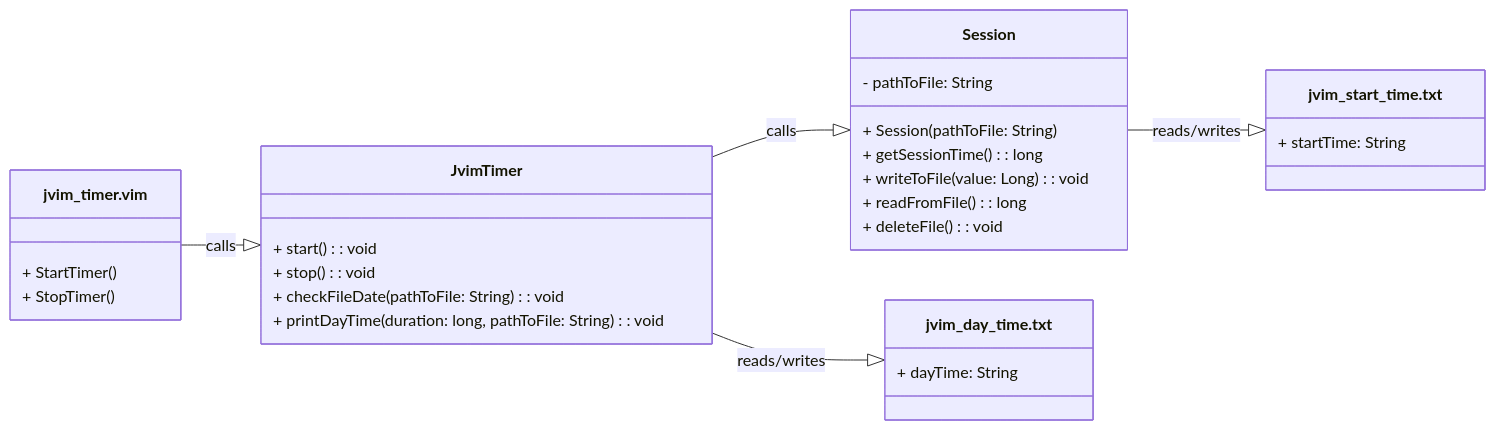
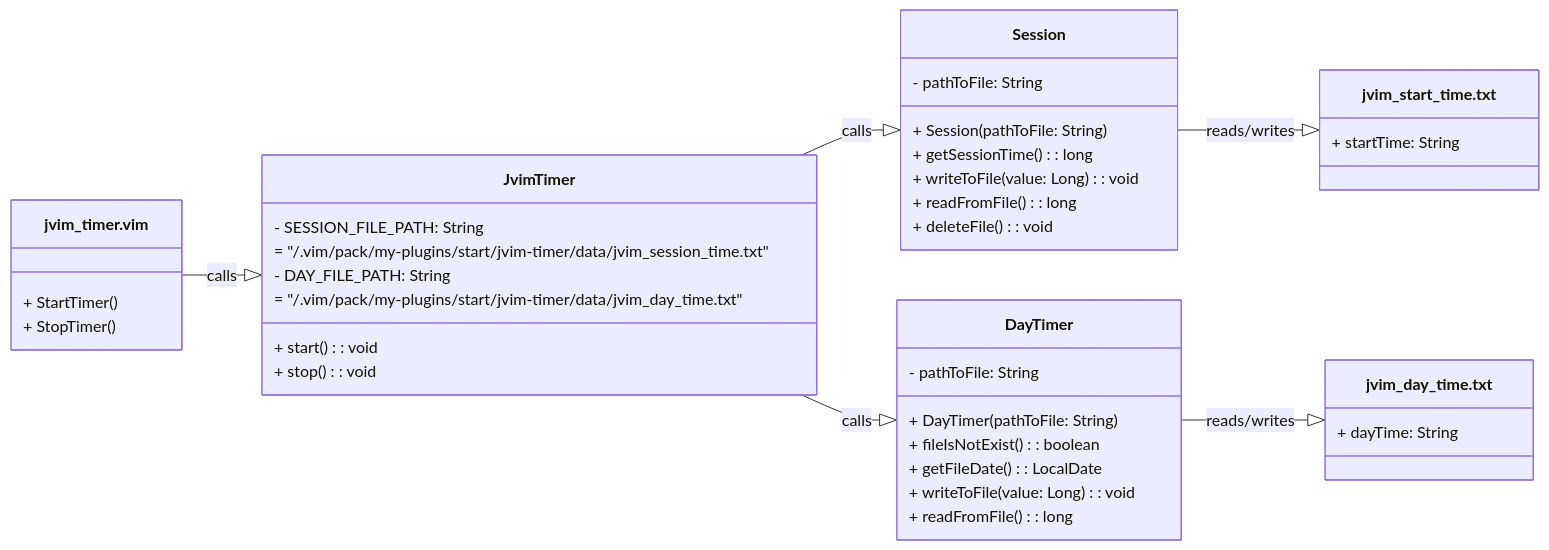
The first of 2 diagrams in jvim-timer/README.md (AlexandrAnatoliev/jvim-plugins), drawn with Mermaid before and after one commit. The commit also changed other lines of this file, not shown here.

First line of the commit message:
docs(jvim-timer): update readme

````diff
--- a/jvim-timer/README.md
+++ b/jvim-timer/README.md
@@ -87,38 +88,50 @@
 ```mermaid
 classDiagram
   direction LR
   
   class jvim_timer.vim {
     + StartTimer()
     + StopTimer()
   }
 
   class JvimTimer {
+    - SESSION_FILE_PATH: String 
+      = "/.vim/pack/my-plugins/start/jvim-timer/data/jvim_session_time.txt"
+    - DAY_FILE_PATH: String 
+      = "/.vim/pack/my-plugins/start/jvim-timer/data/jvim_day_time.txt"
     + start(): void
     + stop(): void
-    + checkFileDate(pathToFile: String): void
-    + printDayTime(duration: long, pathToFile: String): void
   }
 
   class Session {
     - pathToFile: String
     + Session(pathToFile: String)
     + getSessionTime(): long
     + writeToFile(value: Long): void
     + readFromFile(): long
     + deleteFile(): void
+  }
+
+  class DayTimer {
+    - pathToFile: String
+    + DayTimer(pathToFile: String)
+    + fileIsNotExist(): boolean
+    + getFileDate(): LocalDate
+    + writeToFile(value: Long): void
+    + readFromFile(): long
   }
 
   class jvim_start_time.txt {
     + startTime: String 
   }
 
   class jvim_day_time.txt {
     + dayTime: String
   }
 
   jvim_timer.vim --|> JvimTimer : calls
   JvimTimer --|> Session : calls
+  JvimTimer --|> DayTimer : calls
   Session --|> jvim_start_time.txt : reads/writes
-  JvimTimer --|> jvim_day_time.txt : reads/writes
+  DayTimer --|> jvim_day_time.txt : reads/writes
 ```
````
